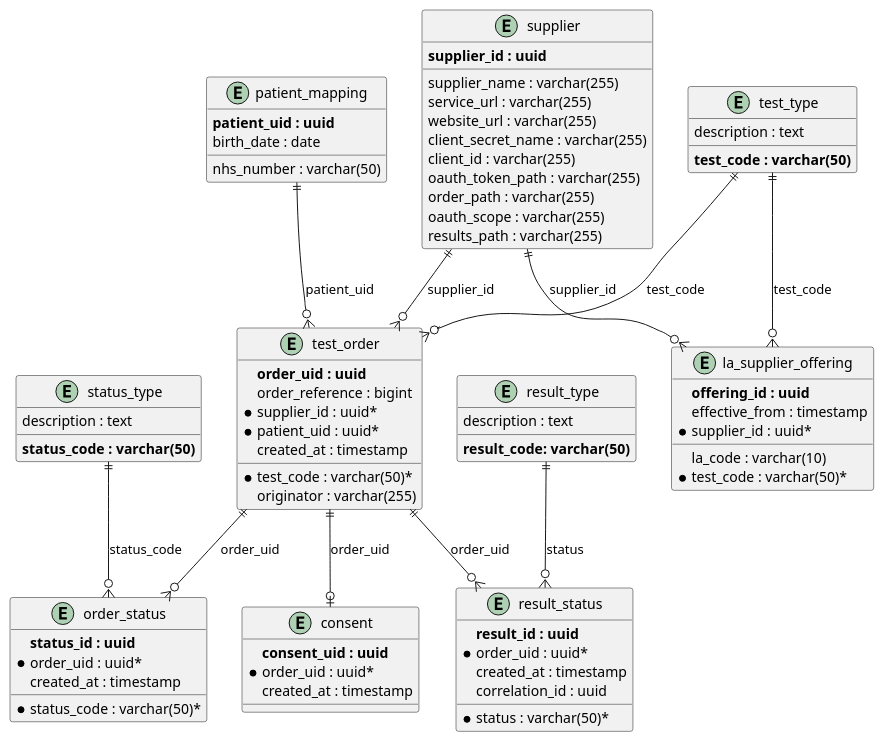
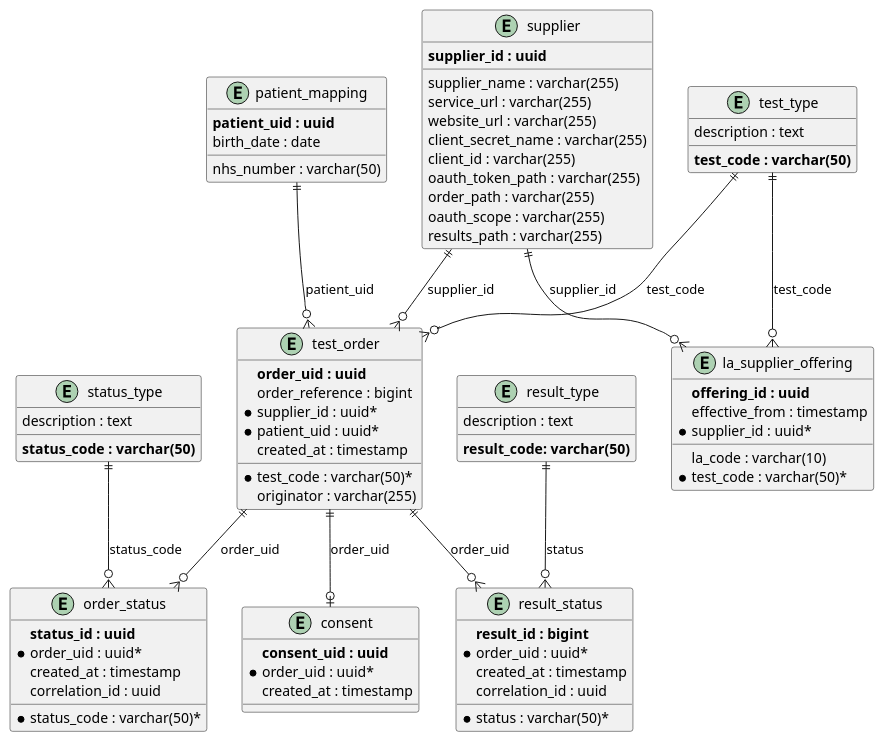
Before and after one commit to NHSDigital/hometest-service: the diagram in database/schema_diagram.puml, drawn with PlantUML.

Commit message:
fix after review

```diff
--- a/database/schema_diagram.puml
+++ b/database/schema_diagram.puml
@@ -1,90 +1,91 @@
 @startuml
 entity "patient_mapping" as patient {
   **patient_uid : uuid**
   nhs_number : varchar(50)
   birth_date : date
 }
 
 entity "test_type" as test {
   **test_code : varchar(50)**
   description : text
 }
 
 entity "supplier" as supplier {
   **supplier_id : uuid**
   supplier_name : varchar(255)
   service_url : varchar(255)
   website_url : varchar(255)
   client_secret_name : varchar(255)
   client_id : varchar(255)
   oauth_token_path : varchar(255)
   order_path : varchar(255)
   oauth_scope : varchar(255)
   results_path : varchar(255)
 }
 
 entity "la_supplier_offering" as offering {
   **offering_id : uuid**
   la_code : varchar(10)
   effective_from : timestamp
   *supplier_id : uuid*
   *test_code : varchar(50)*
 }
 
 entity "test_order" as orders {
   **order_uid : uuid**
   order_reference : bigint
   *supplier_id : uuid*
   *patient_uid : uuid*
   *test_code : varchar(50)*
   originator : varchar(255)
   created_at : timestamp
 }
 
 entity "status_type" as status_type {
   **status_code : varchar(50)**
   description : text
 }
 
 entity "order_status" as order_status {
   **status_id : uuid**
   *order_uid : uuid*
   *status_code : varchar(50)*
   created_at : timestamp
+  correlation_id : uuid
 }
 
 entity "result_type" as result_type {
   **result_code: varchar(50)**
   description : text
 }
 
 entity "result_status" as result_status {
-  **result_id : uuid**
+  **result_id : bigint**
   *order_uid : uuid*
   *status : varchar(50)*
   created_at : timestamp
   correlation_id : uuid
 }
 
 entity "consent" as consent {
   **consent_uid : uuid**
   *order_uid : uuid*
   created_at : timestamp
 }
 
 ' Relationships
 patient ||--o{ orders : "patient_uid"
 supplier ||--o{ orders : "supplier_id"
 test ||--o{ orders : "test_code"
 
 supplier ||--o{ offering : "supplier_id"
 test ||--o{ offering : "test_code"
 
 orders ||--o{ order_status : "order_uid"
 orders ||--o{ result_status : "order_uid"
 orders ||--o| consent : "order_uid"
 
 status_type ||--o{ order_status : "status_code"
 result_type ||--o{ result_status : "status"
 
 @enduml
```
